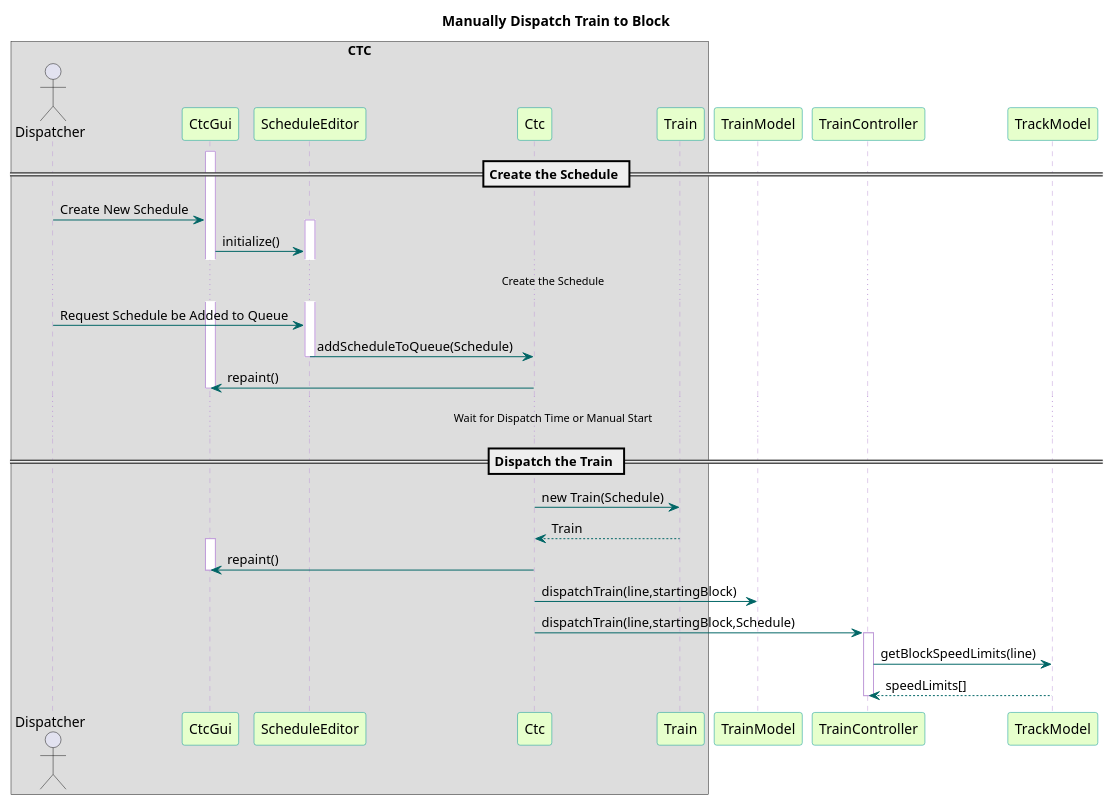
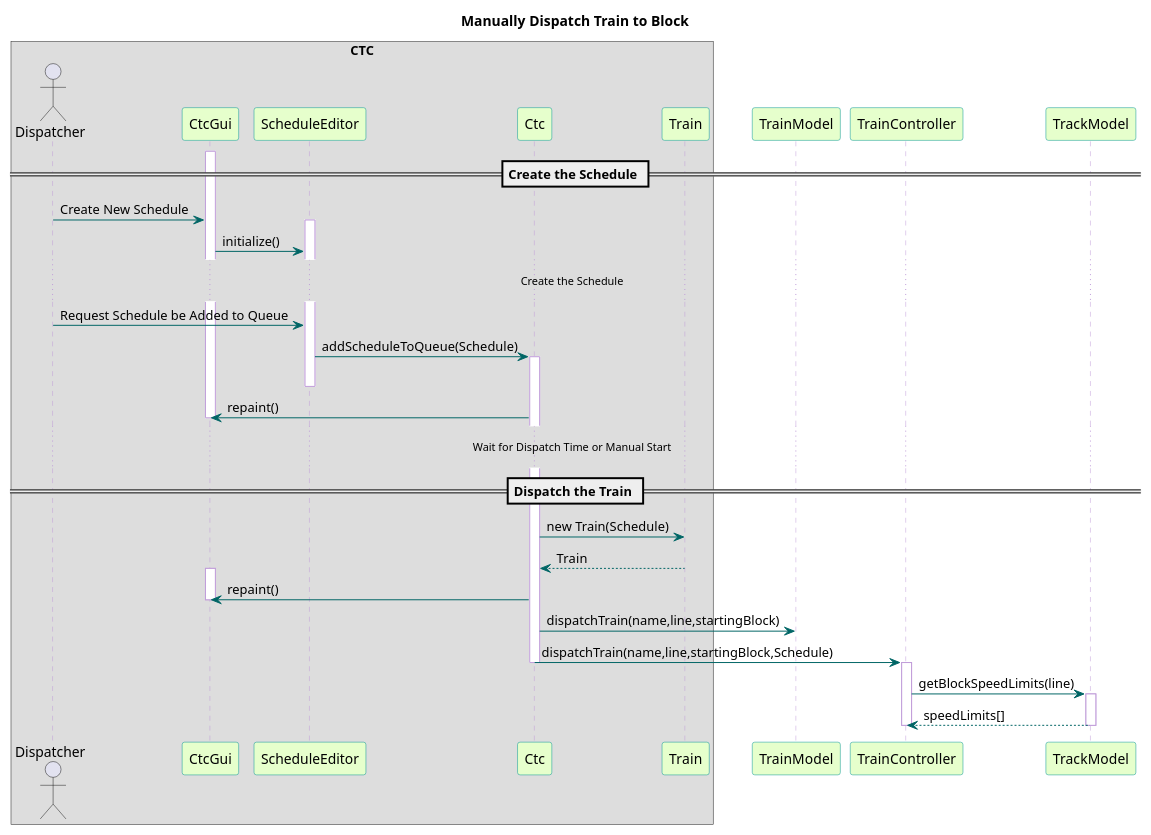
One commit to kevingilboy/COE1186 changed the diagram in TrainSystem/yUML/Sequence Diagrams/Ctc/CtcDispatchTrain.pu. Above: the diagram before and after it, drawn with PlantUML. The commit also changed 3 other files, not shown here.

```diff
--- a/TrainSystem/yUML/Sequence Diagrams/Ctc/CtcDispatchTrain.pu
+++ b/TrainSystem/yUML/Sequence Diagrams/Ctc/CtcDispatchTrain.pu
@@ -1,52 +1,55 @@
 @startuml
 
 title Manually Dispatch Train to Block
 
 skinparam sequence {
   BackgroundColor transparent
   ParticipantBackgroundColor #e6ffcc
   ParticipantBorderColor 	#049595
   PackageBorderCOlor  #049595
   ArrowColor #006666
   LifeLineBorderColor #c09cd9
 }
 box "CTC"
 actor Dispatcher
 participant CtcGui
 participant ScheduleEditor
 participant Ctc
 participant Train
 end box
 
 participant TrainModel
 participant TrainController
 participant TrackModel
 
 == Create the Schedule ==
 activate CtcGui
 Dispatcher -> CtcGui : Create New Schedule
 activate ScheduleEditor
 CtcGui -> ScheduleEditor : initialize()
 ...Create the Schedule...
 Dispatcher -> ScheduleEditor : Request Schedule be Added to Queue
 ScheduleEditor -> Ctc : addScheduleToQueue(Schedule)
+activate Ctc
 deactivate ScheduleEditor
 Ctc -> CtcGui : repaint()
 deactivate CtcGui
 ...Wait for Dispatch Time or Manual Start...
 == Dispatch the Train ==
 Ctc -> Train : new Train(Schedule)
 Train --> Ctc : Train
 activate CtcGui
 Ctc -> CtcGui : repaint()
 deactivate CtcGui
 
-Ctc -> TrainModel : dispatchTrain(line,startingBlock)
-Ctc -> TrainController : dispatchTrain(line,startingBlock,Schedule)
-
+Ctc -> TrainModel : dispatchTrain(name,line,startingBlock)
+Ctc -> TrainController : dispatchTrain(name,line,startingBlock,Schedule)
+deactivate Ctc
 activate TrainController
 TrainController -> TrackModel : getBlockSpeedLimits(line)
+activate TrackModel
 TrackModel --> TrainController : speedLimits[]
+deactivate TrackModel
 deactivate TrainController
 
 @enduml
```
